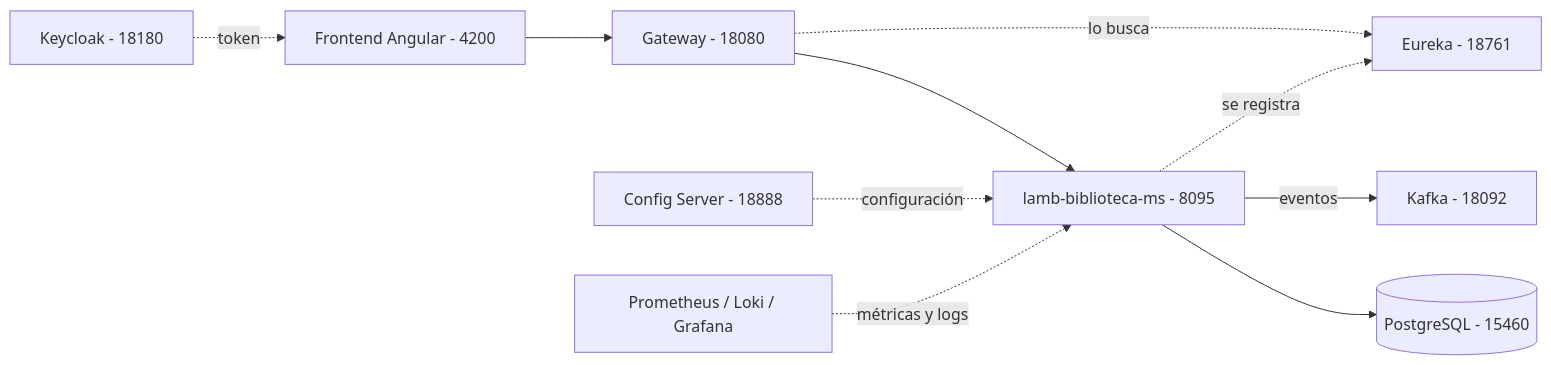
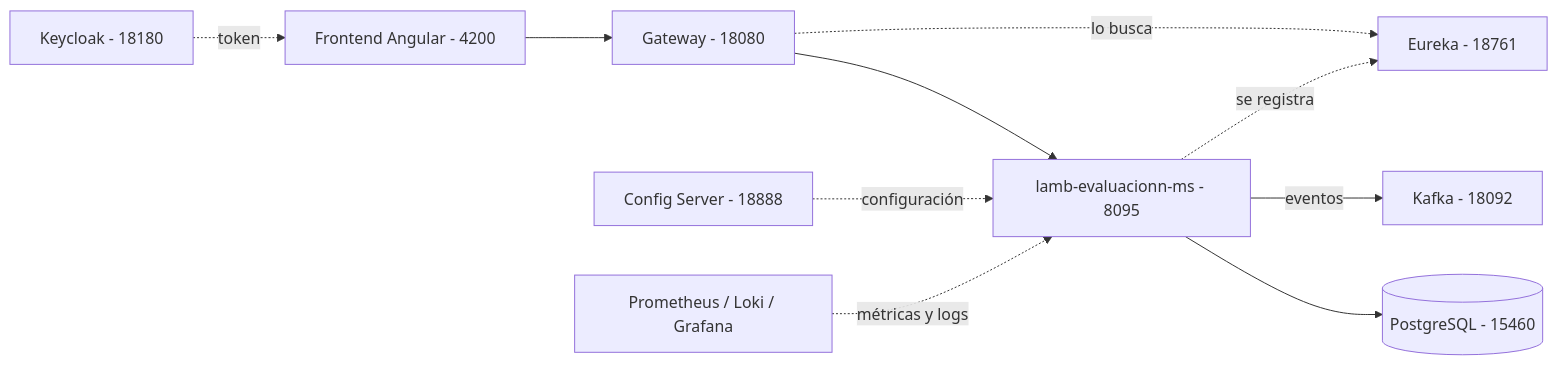
The diagram in guias-web/docs/sesiones/S01_Construccion_Servicio_Base.md (cristoferdua/Admision_Trayectoria_Lamb), drawn with Mermaid before and after one commit. The commit also changed other lines of this file and 42 other files, not shown here.

Commit message:
docs: renombrar el servicio de ejemplo a evaluacionn y el CRUD a Examen (titulo, curso)

````diff
--- a/guias-web/docs/sesiones/S01_Construccion_Servicio_Base.md
+++ b/guias-web/docs/sesiones/S01_Construccion_Servicio_Base.md
@@ -104,12 +104,12 @@
 ```mermaid
 flowchart LR
     Front["Frontend Angular - 4200"] --> Gateway["Gateway - 18080"]
-    Gateway --> Servicio["lamb-biblioteca-ms - 8095"]
+    Gateway --> Servicio["lamb-evaluacionn-ms - 8095"]
     Servicio --> BD[("PostgreSQL - 15460")]
     Servicio -->|"eventos"| Kafka["Kafka - 18092"]
     Config["Config Server - 18888"] -. "configuración" .-> Servicio
     Servicio -. "se registra" .-> Eureka["Eureka - 18761"]
     Gateway -. "lo busca" .-> Eureka
     Keycloak["Keycloak - 18180"] -. "token" .-> Front
     Prometheus["Prometheus / Loki / Grafana"] -. "métricas y logs" .-> Servicio
 ```
````
